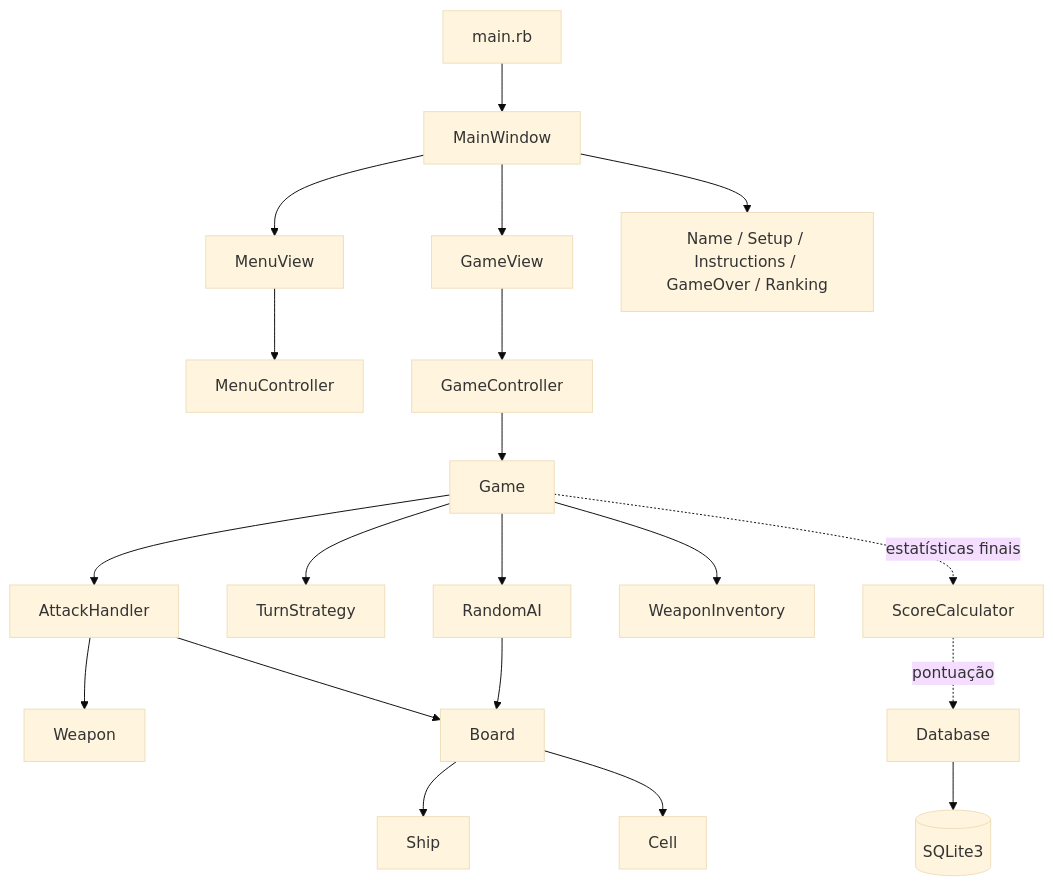
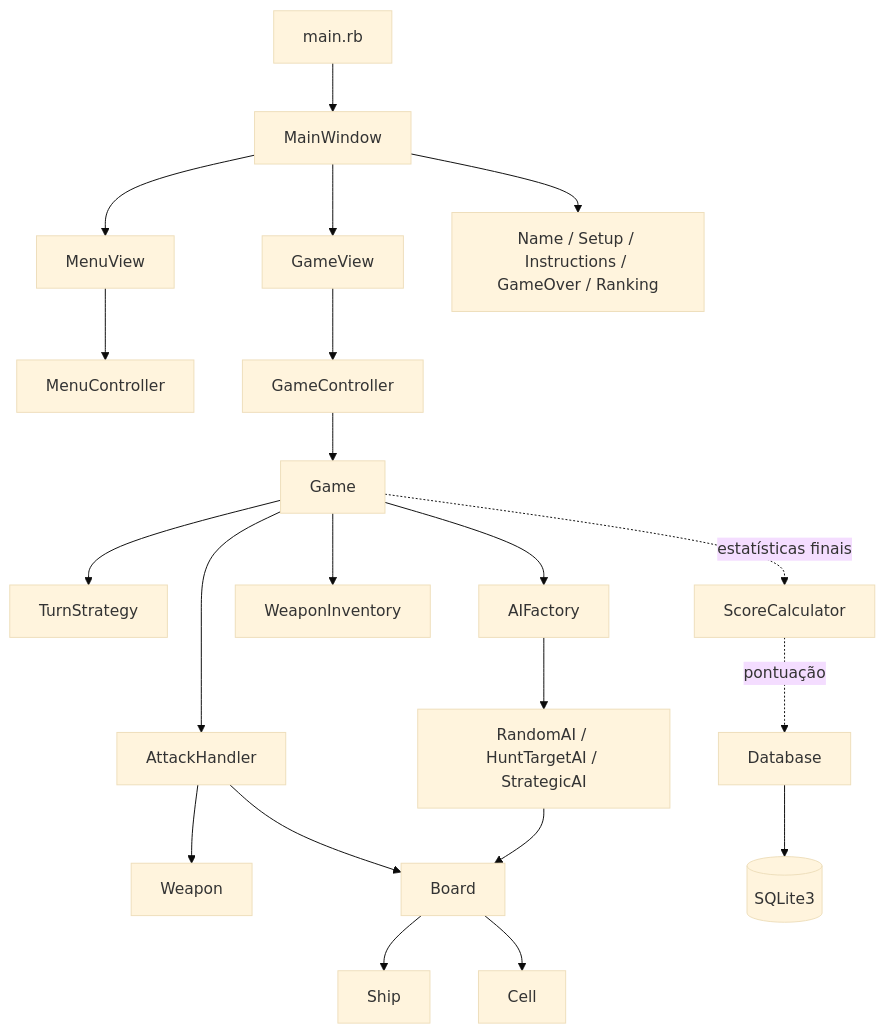
Before and after one commit to allangrm/game-battleship: the diagram in docs/arquitetura_projeto.md, drawn with Mermaid (base theme). The commit also changed other lines of this file and 11 other files, not shown here.

````diff
--- a/docs/arquitetura_projeto.md
+++ b/docs/arquitetura_projeto.md
@@ -79,26 +79,27 @@
 ```mermaid
 flowchart TD
     Main[main.rb] --> MainWindow
     MainWindow --> MenuView
     MainWindow --> GameView
     MainWindow --> OtherViews[Name / Setup / Instructions / GameOver / Ranking]
 
     MenuView --> MenuController
     GameView --> GameController
     GameController --> Game
 
     Game --> AttackHandler
     AttackHandler --> Weapon
     AttackHandler --> Board
     Board --> Ship
     Board --> Cell
 
     Game --> TurnStrategy
-    Game --> RandomAI
+    Game --> AIFactory
+    AIFactory --> ComputerAI[RandomAI / HuntTargetAI / StrategicAI]
     Game --> WeaponInventory
-    RandomAI --> Board
+    ComputerAI --> Board
 
     Game -. estatísticas finais .-> ScoreCalculator
     ScoreCalculator -. pontuação .-> Database
     Database --> SQLite[(SQLite3)]
 ```
````
